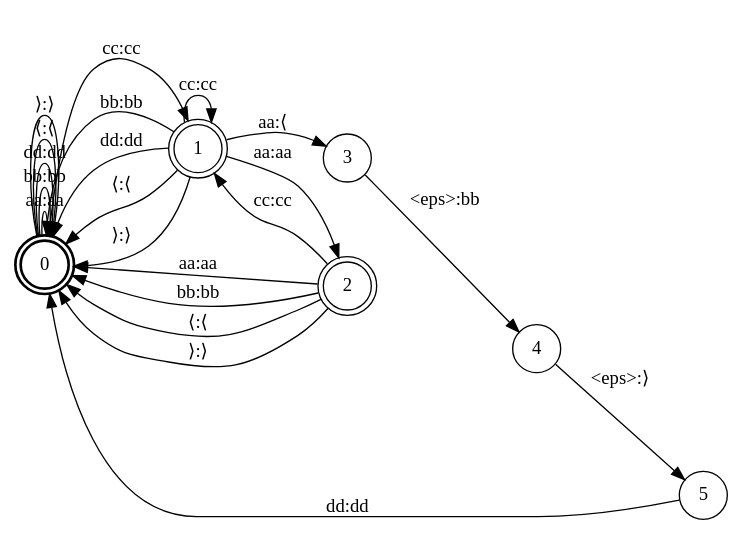
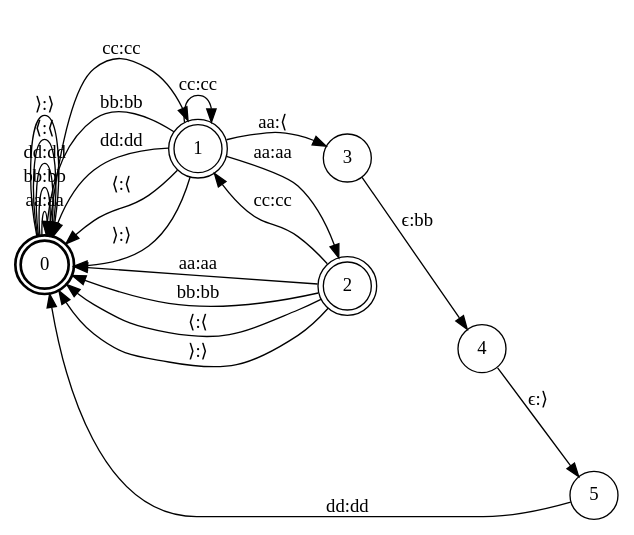
Before and after one commit to colincwilson/mingen: the diagram in mingen/rule1.dot, drawn with Graphviz. The commit also changed 3 other files, not shown here.

```diff
--- a/mingen/rule1.dot
+++ b/mingen/rule1.dot
@@ -1,35 +1,35 @@
 digraph FST {
 rankdir = LR;
 size = "8.5,11";
 center = 1;
 orientation = Portrait;
 ranksep = "0.4";
 nodesep = "0.25";
 0 [label = "0", shape = doublecircle, style = bold, fontsize = 14]
 	0 -> 0 [label = "aa:aa", fontsize = 14];
 	0 -> 0 [label = "bb:bb", fontsize = 14];
 	0 -> 1 [label = "cc:cc", fontsize = 14];
 	0 -> 0 [label = "dd:dd", fontsize = 14];
 	0 -> 0 [label = "⟨:⟨", fontsize = 14];
 	0 -> 0 [label = "⟩:⟩", fontsize = 14];
 1 [label = "1", shape = doublecircle, style = solid, fontsize = 14]
 	1 -> 2 [label = "aa:aa", fontsize = 14];
 	1 -> 3 [label = "aa:⟨", fontsize = 14];
 	1 -> 0 [label = "bb:bb", fontsize = 14];
 	1 -> 1 [label = "cc:cc", fontsize = 14];
 	1 -> 0 [label = "dd:dd", fontsize = 14];
 	1 -> 0 [label = "⟨:⟨", fontsize = 14];
 	1 -> 0 [label = "⟩:⟩", fontsize = 14];
 2 [label = "2", shape = doublecircle, style = solid, fontsize = 14]
 	2 -> 0 [label = "aa:aa", fontsize = 14];
 	2 -> 0 [label = "bb:bb", fontsize = 14];
 	2 -> 1 [label = "cc:cc", fontsize = 14];
 	2 -> 0 [label = "⟨:⟨", fontsize = 14];
 	2 -> 0 [label = "⟩:⟩", fontsize = 14];
 3 [label = "3", shape = circle, style = solid, fontsize = 14]
-	3 -> 4 [label = "<eps>:bb", fontsize = 14];
+	3 -> 4 [label = "ϵ:bb", fontsize = 14];
 4 [label = "4", shape = circle, style = solid, fontsize = 14]
-	4 -> 5 [label = "<eps>:⟩", fontsize = 14];
+	4 -> 5 [label = "ϵ:⟩", fontsize = 14];
 5 [label = "5", shape = circle, style = solid, fontsize = 14]
 	5 -> 0 [label = "dd:dd", fontsize = 14];
 }
```
